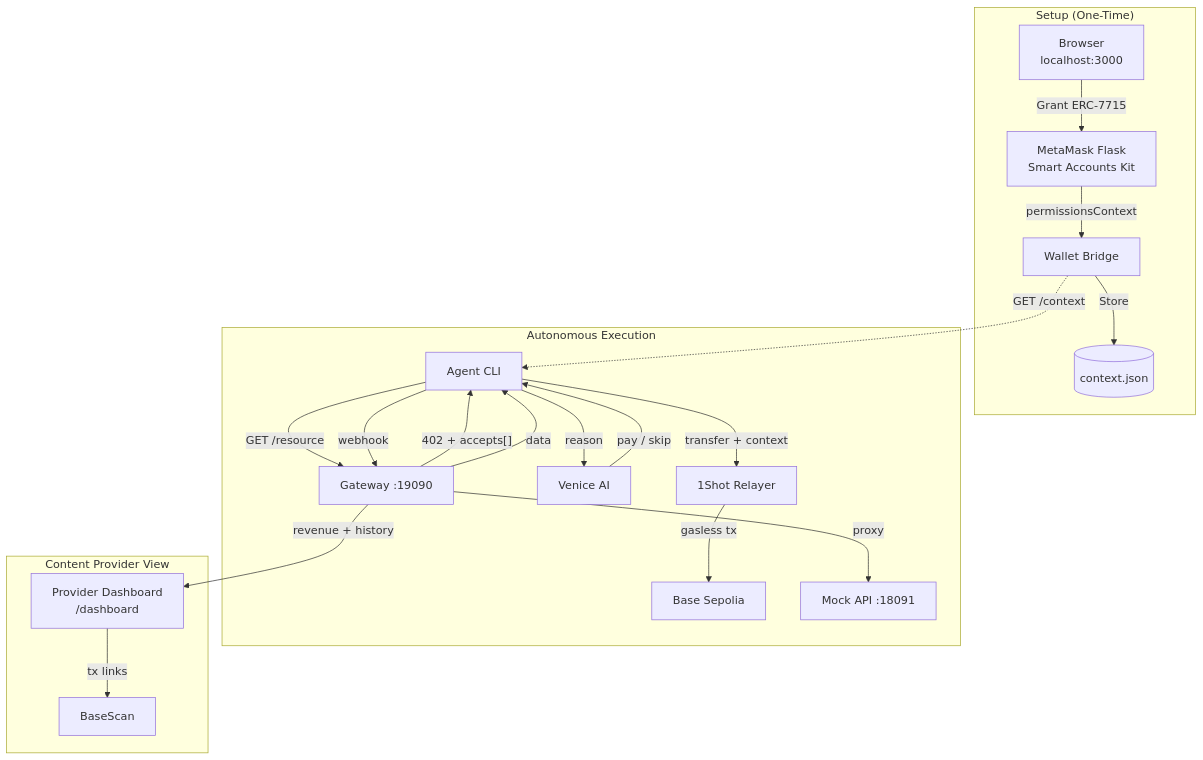
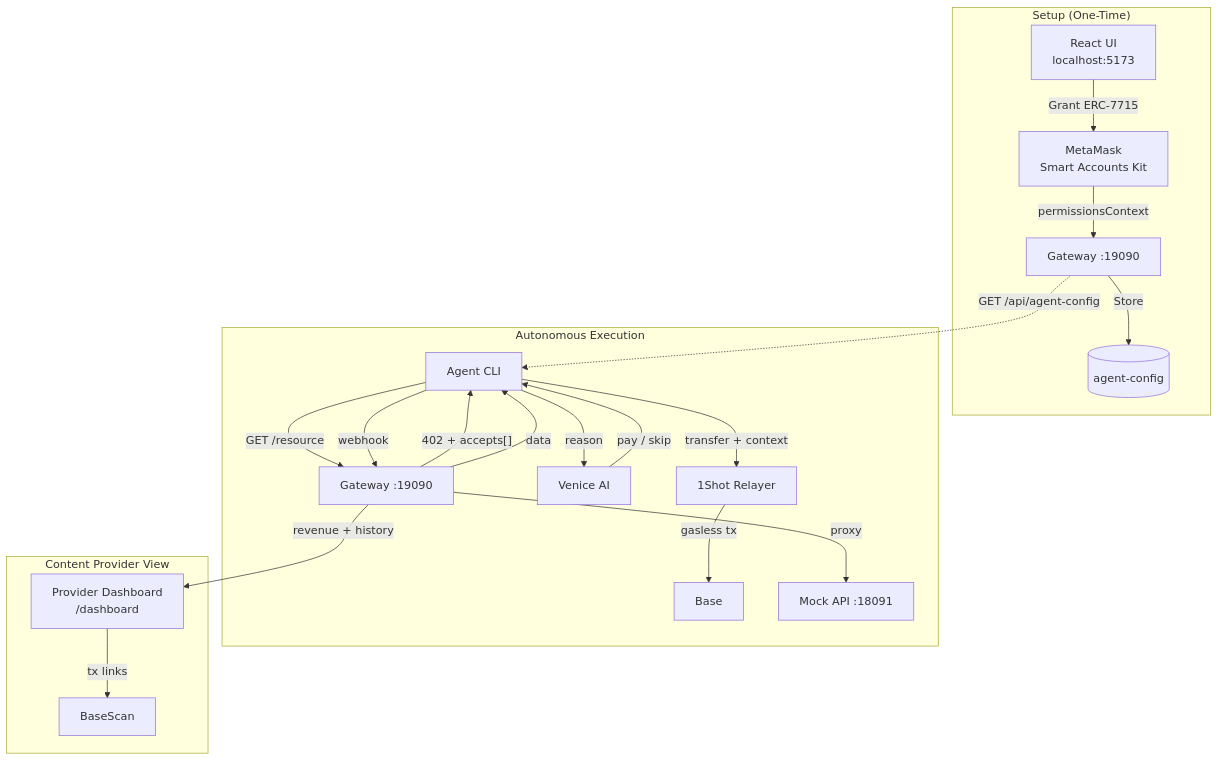
Before and after one commit to dwlpra/AgentToll: the first of 3 diagrams in README.md, drawn with Mermaid. The commit also changed other lines of this file and 9 other files, not shown here.

First line of the commit message:
refactor: remove redundant wallet bridge (React UI is the main flow)

````diff
--- a/README.md
+++ b/README.md
@@ -113,30 +113,30 @@
 ```mermaid
 graph TB
     subgraph Setup["Setup (One-Time)"]
-        Browser["Browser<br/>localhost:3000"]
-        MM["MetaMask Flask<br/>Smart Accounts Kit"]
+        Browser["React UI<br/>localhost:5173"]
+        MM["MetaMask<br/>Smart Accounts Kit"]
         Browser -->|"Grant ERC-7715"| MM
-        MM -->|"permissionsContext"| Bridge["Wallet Bridge"]
-        Bridge -->|"Store"| Ctx[("context.json")]
+        MM -->|"permissionsContext"| GW2["Gateway :19090"]
+        GW2 -->|"Store"| Ctx[("agent-config")]
     end
 
     subgraph Execution["Autonomous Execution"]
         Agent["Agent CLI"]
         Agent -->|"GET /resource"| GW["Gateway :19090"]
         GW -->|"402 + accepts[]"| Agent
         Agent -->|"reason"| Venice["Venice AI"]
         Venice -->|"pay / skip"| Agent
         Agent -->|"transfer + context"| Relayer["1Shot Relayer"]
-        Relayer -->|"gasless tx"| Chain["Base Sepolia"]
+        Relayer -->|"gasless tx"| Chain["Base"]
         Agent -->|"webhook"| GW
         GW -->|"proxy"| API["Mock API :18091"]
         GW -->|"data"| Agent
     end
 
     subgraph Provider["Content Provider View"]
         GW -->|"revenue + history"| Dashboard["Provider Dashboard<br/>/dashboard"]
         Dashboard -->|"tx links"| Explorer["BaseScan"]
     end
 
-    Bridge -.->|"GET /context"| Agent
+    GW2 -.->|"GET /api/agent-config"| Agent
 ```
````
